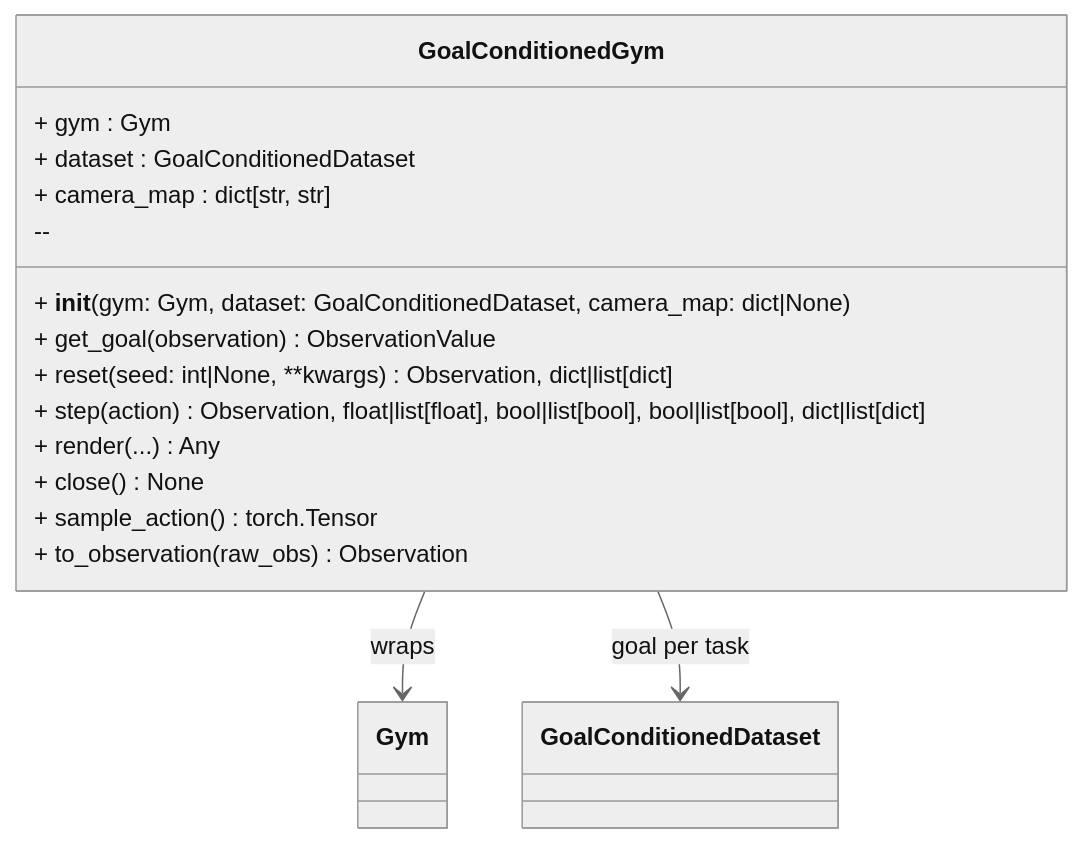
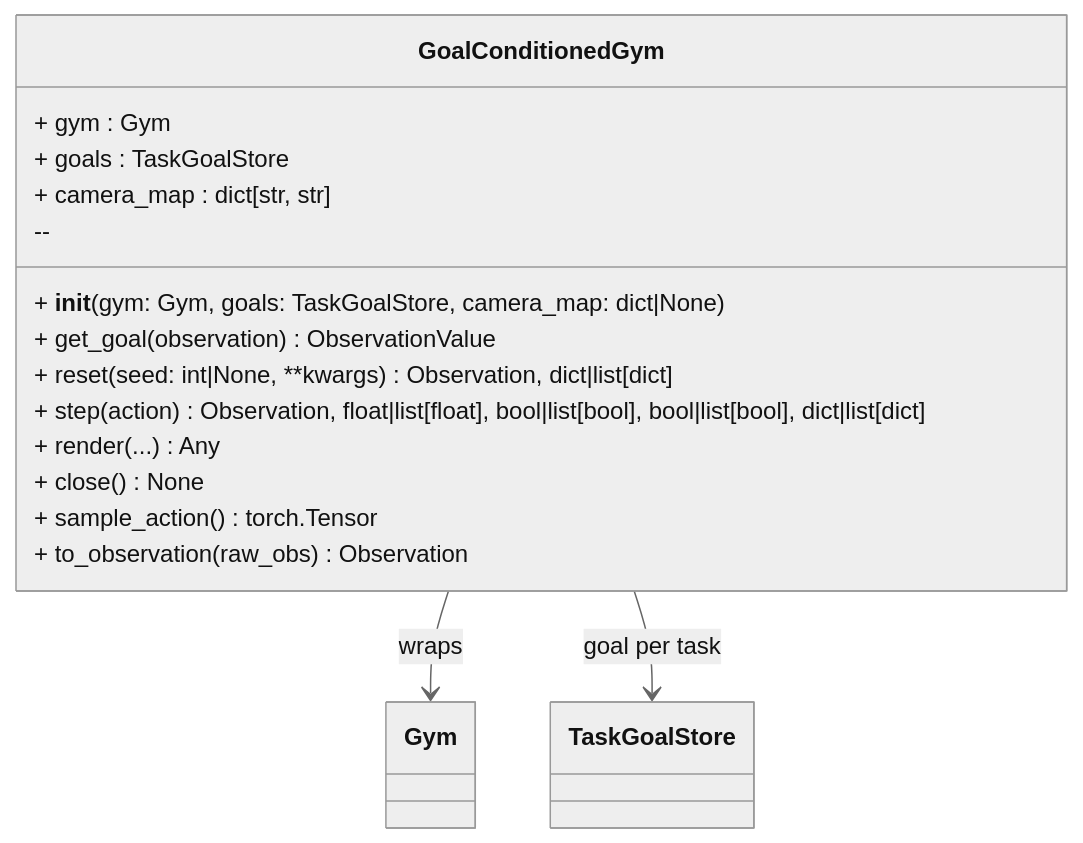
One commit to alfieroddan/physical-ai-studio changed the diagram in library/docs/explanation/gyms/goal.md. Above: the diagram before and after it, drawn with Mermaid (neutral theme). The commit also changed other lines of this file and 11 other files, not shown here.

Commit message:
feat: simplify to task only goal storage to be align with patch policy

````diff
--- a/library/docs/explanation/gyms/goal.md
+++ b/library/docs/explanation/gyms/goal.md
@@ -10,20 +14,20 @@
 ```mermaid
 classDiagram
     class GoalConditionedGym {
         + gym : Gym
-        + dataset : GoalConditionedDataset
+        + goals : TaskGoalStore
         + camera_map : dict[str, str]
         --
-        + __init__(gym: Gym, dataset: GoalConditionedDataset, camera_map: dict|None)
+        + __init__(gym: Gym, goals: TaskGoalStore, camera_map: dict|None)
         + get_goal(observation) ObservationValue
         + reset(seed: int|None, **kwargs) Observation, dict|list[dict]
         + step(action) Observation, float|list[float], bool|list[bool], bool|list[bool], dict|list[dict]
         + render(...) Any
         + close() None
         + sample_action() torch.Tensor
         + to_observation(raw_obs) Observation
     }
 
     GoalConditionedGym --> Gym : wraps
-    GoalConditionedGym --> GoalConditionedDataset : goal per task
+    GoalConditionedGym --> TaskGoalStore : goal per task
 ```
````
